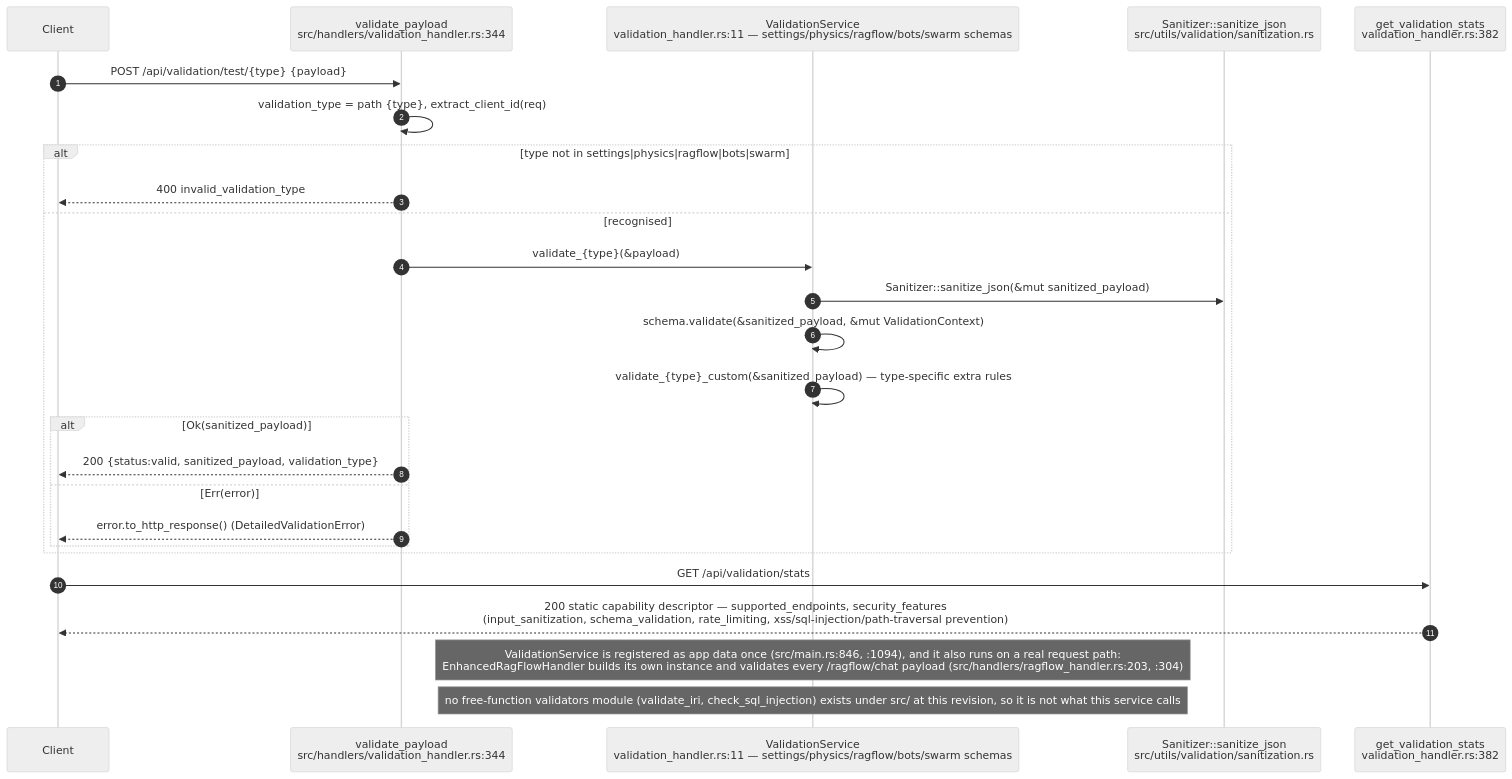
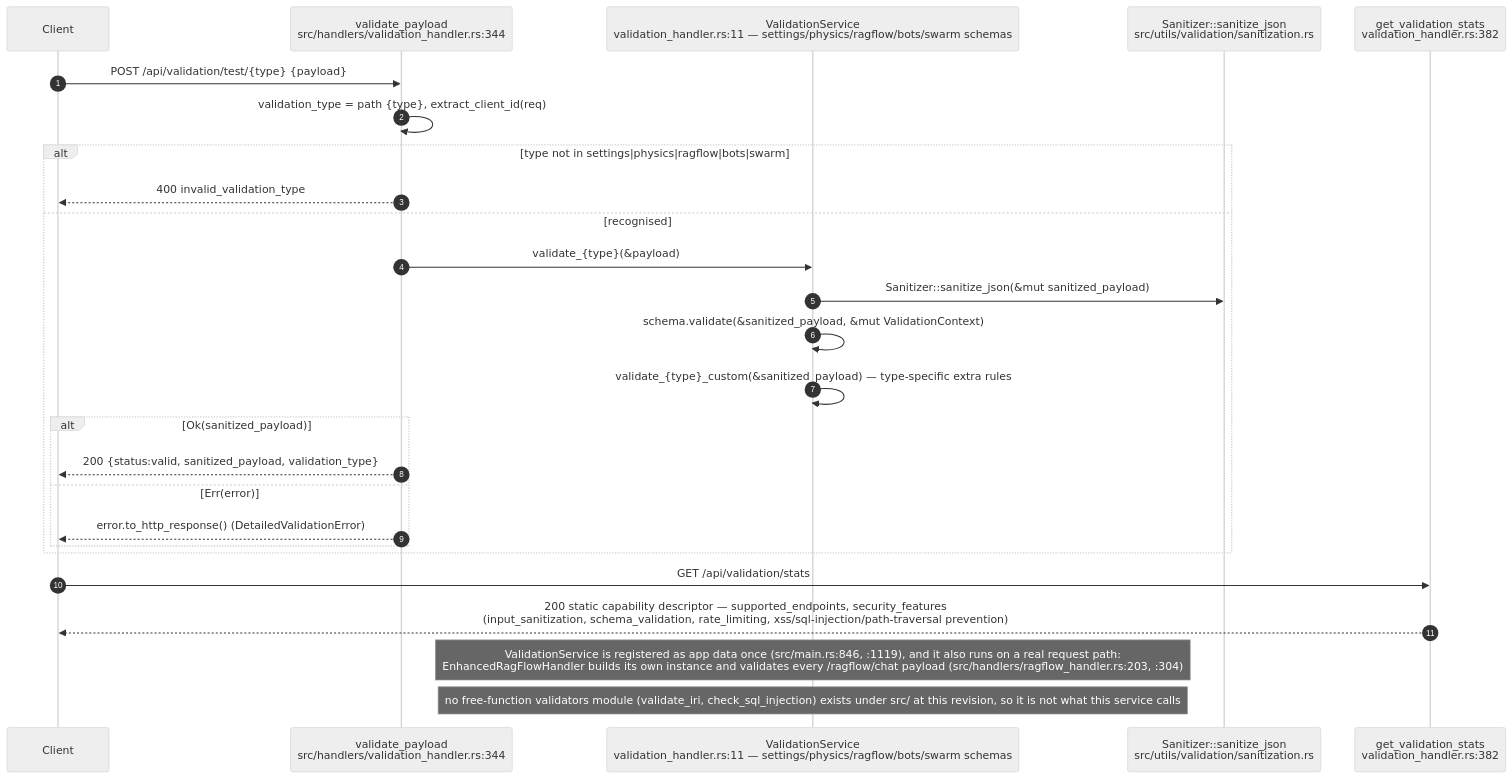
Before and after one commit to DreamLab-AI/VisionFlow: diagram 17 of 24 in docs/diagrams/visionclaw/04-handlers-graph-and-state.md, drawn with Mermaid (neutral theme). The commit also changed other lines of this file and 46 other files, not shown here.

Commit message:
docs(diagrams): re-verify VisionClaw topics at 809a859aa/a950f4d80 after the consolidation pass

````diff
--- a/docs/diagrams/visionclaw/04-handlers-graph-and-state.md
+++ b/docs/diagrams/visionclaw/04-handlers-graph-and-state.md
@@ -889,29 +913,29 @@
 ```mermaid
 sequenceDiagram
     autonumber
     participant C as Client
     participant VP as validate_payload<br/>src/handlers/validation_handler.rs:344
     participant VS as ValidationService<br/>validation_handler.rs:11 — settings/physics/ragflow/bots/swarm schemas
     participant SAN as Sanitizer::sanitize_json<br/>src/utils/validation/sanitization.rs
     participant GS as get_validation_stats<br/>validation_handler.rs:382
 
     C->>VP: POST /api/validation/test/{type} {payload}
     VP->>VP: validation_type = path {type}, extract_client_id(req)
     alt type not in settings|physics|ragflow|bots|swarm
         VP-->>C: 400 invalid_validation_type
     else recognised
         VP->>VS: validate_{type}(&payload)
         VS->>SAN: Sanitizer::sanitize_json(&mut sanitized_payload)
         VS->>VS: schema.validate(&sanitized_payload, &mut ValidationContext)
         VS->>VS: validate_{type}_custom(&sanitized_payload) — type-specific extra rules
         alt Ok(sanitized_payload)
             VP-->>C: 200 {status:valid, sanitized_payload, validation_type}
         else Err(error)
             VP-->>C: error.to_http_response() (DetailedValidationError)
         end
     end
     C->>GS: GET /api/validation/stats
     GS-->>C: 200 static capability descriptor — supported_endpoints, security_features<br/>(input_sanitization, schema_validation, rate_limiting, xss/sql-injection/path-traversal prevention)
-    Note over VS: ValidationService is registered as app data once (src/main.rs:846, :1094), and it also runs on a real request path:<br/>EnhancedRagFlowHandler builds its own instance and validates every /ragflow/chat payload (src/handlers/ragflow_handler.rs:203, :304)
+    Note over VS: ValidationService is registered as app data once (src/main.rs:846, :1119), and it also runs on a real request path:<br/>EnhancedRagFlowHandler builds its own instance and validates every /ragflow/chat payload (src/handlers/ragflow_handler.rs:203, :304)
     Note over VS: no free-function validators module (validate_iri, check_sql_injection) exists under src/ at this revision, so it is not what this service calls
 ```
````
